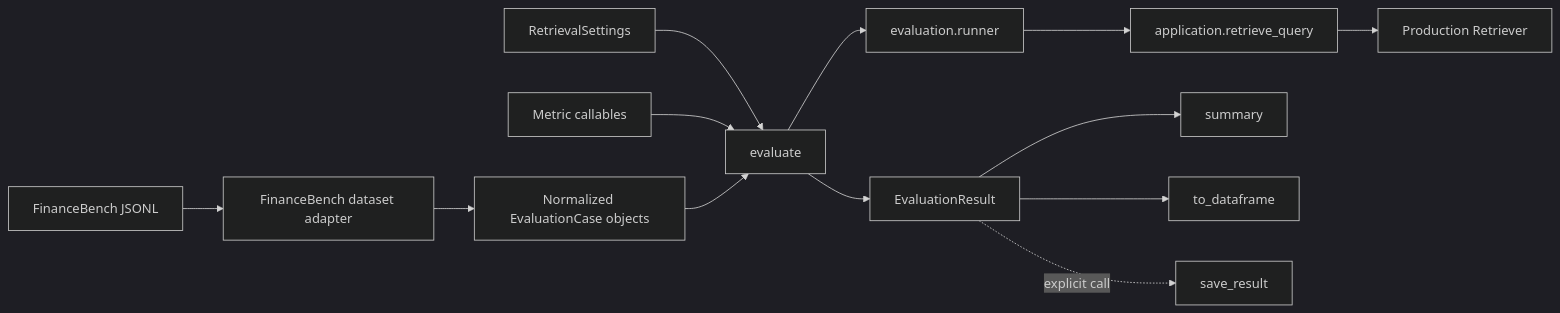
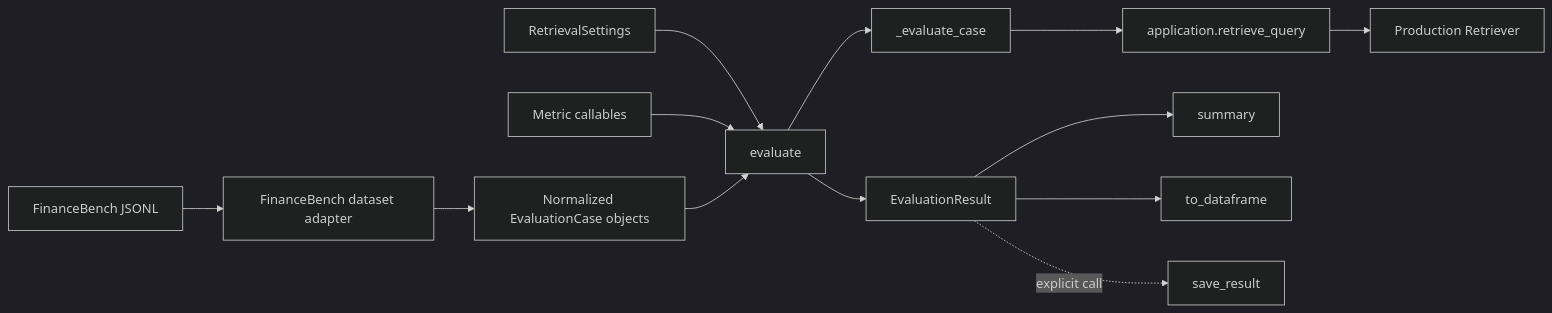
Before and after one commit to desire-del/finnexus: the third of 3 diagrams in FINNEXUS_CURRENT_ARCHITECTURE_AND_EVALUATION_CONTEXT.md, drawn with Mermaid (dark theme). The commit also changed other lines of this file, not shown here.

Commit message:
docs: update simplified evaluation architecture

````diff
--- a/FINNEXUS_CURRENT_ARCHITECTURE_AND_EVALUATION_CONTEXT.md
+++ b/FINNEXUS_CURRENT_ARCHITECTURE_AND_EVALUATION_CONTEXT.md
@@ -323,15 +324,15 @@
 ```mermaid
 flowchart LR
     RAW[FinanceBench JSONL] --> DATASET[FinanceBench dataset adapter]
     DATASET --> CASES[Normalized EvaluationCase objects]
     SETTINGS[RetrievalSettings] --> EVAL[evaluate]
     METRICS[Metric callables] --> EVAL
     CASES --> EVAL
-    EVAL --> RUNNER[evaluation.runner]
-    RUNNER --> QUERY[application.retrieve_query]
+    EVAL --> CASE[_evaluate_case]
+    CASE --> QUERY[application.retrieve_query]
     QUERY --> RET[Production Retriever]
     EVAL --> RESULT[EvaluationResult]
     RESULT --> SUMMARY[summary]
     RESULT --> FRAME[to_dataframe]
     RESULT -. explicit call .-> SAVE[save_result]
 ```
````
